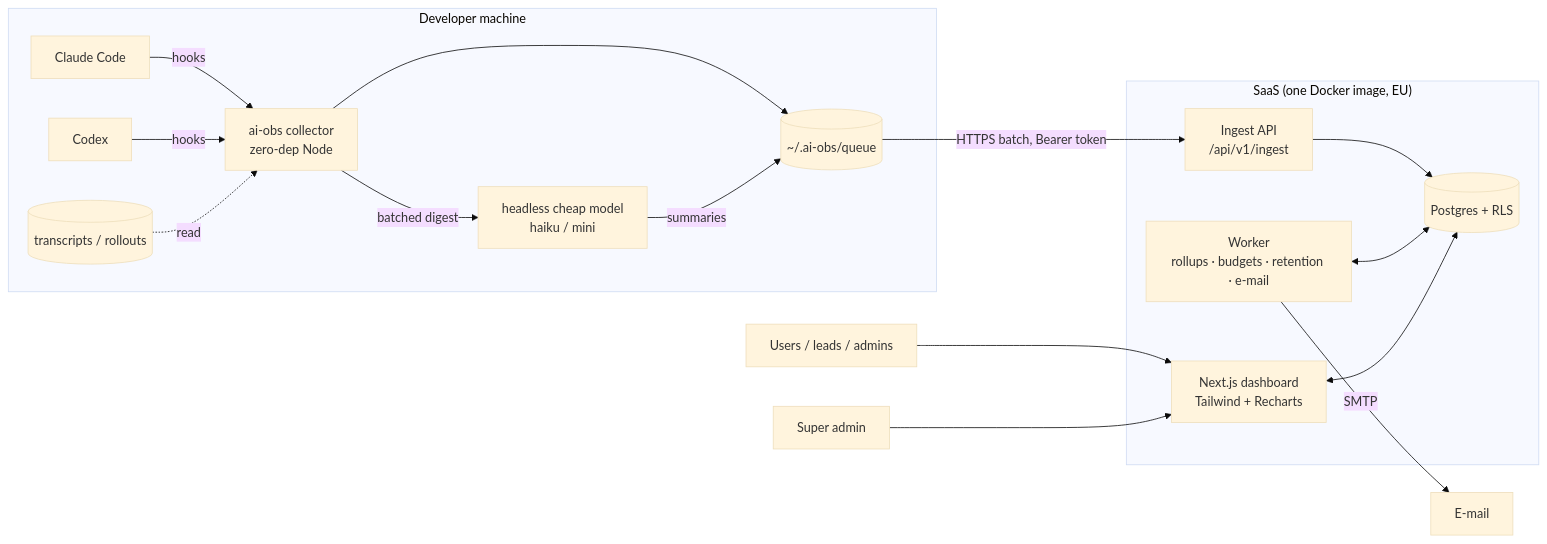
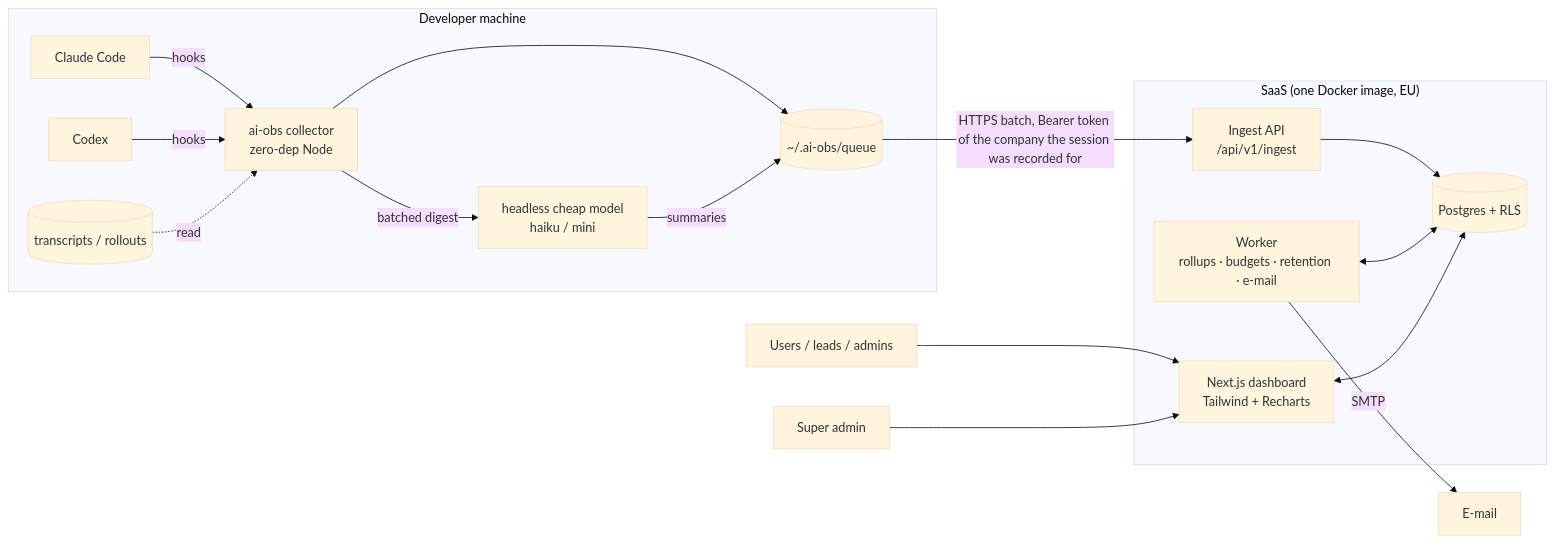
Before and after one commit to soukupl/ai-observability: the diagram in ARCHITECTURE.md, drawn with Mermaid (base theme). The commit also changed other lines of this file and 183 other files, not shown here.

````diff
--- a/ARCHITECTURE.md
+++ b/ARCHITECTURE.md
@@ -8,20 +8,20 @@
 ```mermaid
 flowchart LR
   subgraph Dev["Developer machine"]
     H1[Claude Code] -- hooks --> C
     H2[Codex] -- hooks --> C
     T1[(transcripts / rollouts)] -. read .-> C
     C[ai-obs collector<br/>zero-dep Node] --> Q[(~/.ai-obs/queue)]
     C -- batched digest --> S[headless cheap model<br/>haiku / mini]
     S -- summaries --> Q
   end
-  Q -- HTTPS batch, Bearer token --> I
+  Q -- "HTTPS batch, Bearer token of the company the session was recorded for" --> I
   subgraph SaaS["SaaS (one Docker image, EU)"]
     I[Ingest API<br/>/api/v1/ingest] --> DB[(Postgres + RLS)]
     W[Worker<br/>rollups · budgets · retention · e-mail] <--> DB
     UI[Next.js dashboard<br/>Tailwind + Recharts] <--> DB
   end
   W -- SMTP --> M[E-mail]
   U[Users / leads / admins] --> UI
   SA[Super admin] --> UI
 ```
````
